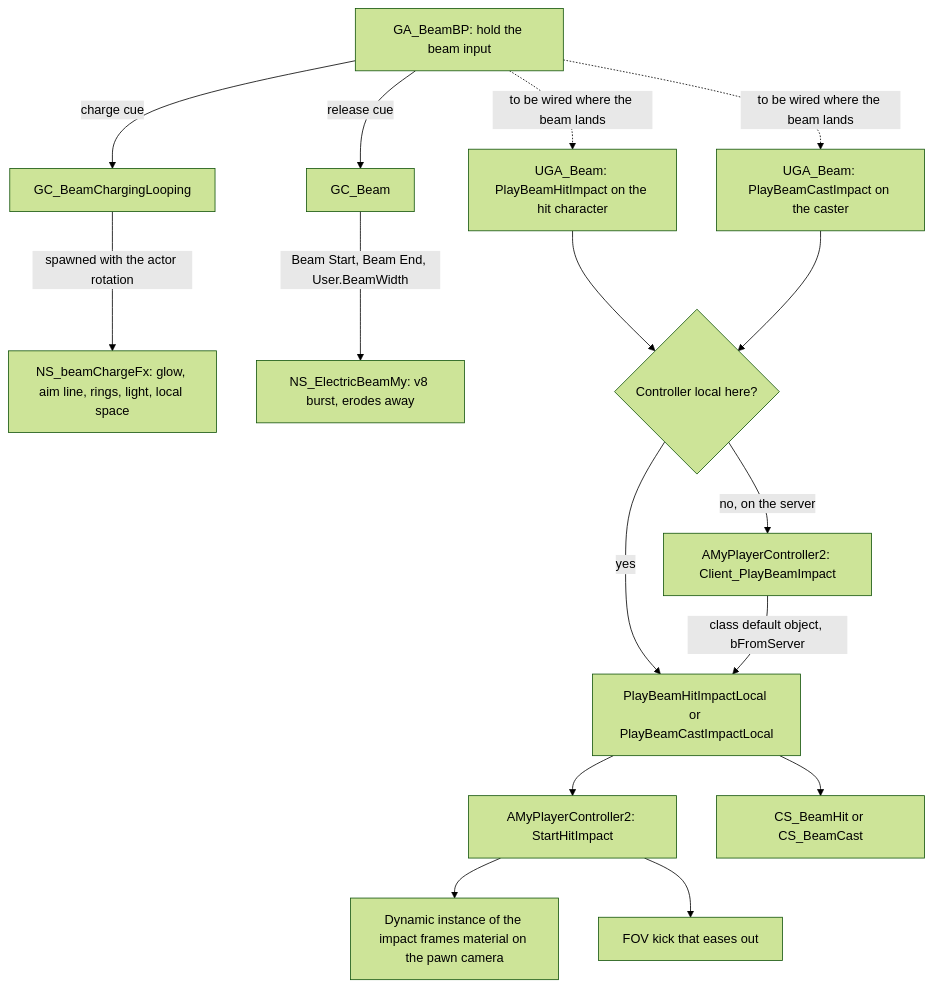
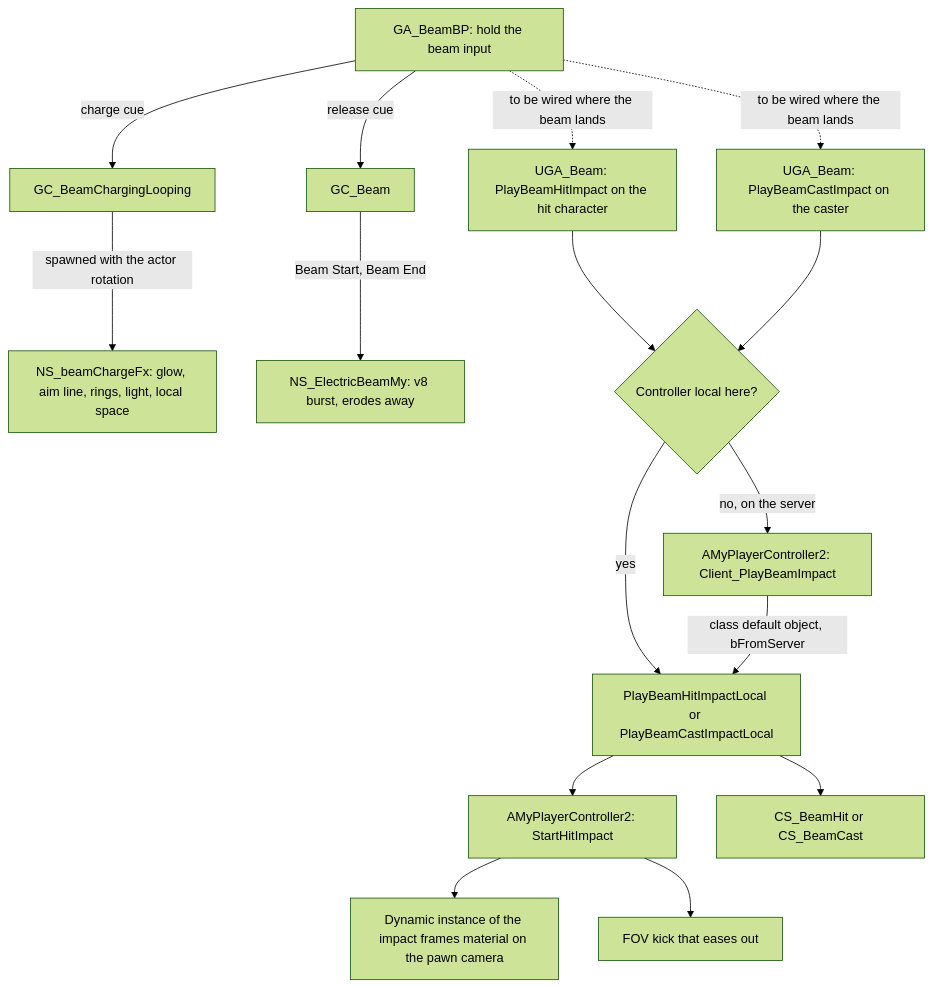
One commit to talal-jpg/OBS_GameplayAbilitySystemRpg changed the second of 4 diagrams in Redo3Changes/Redo3 Beam and Gun FX.md. Above: the diagram before and after it, drawn with Mermaid (forest theme). The commit also changed other lines of this file and 21 other files, not shown here.

````diff
--- a/Redo3Changes/Redo3 Beam and Gun FX.md
+++ b/Redo3Changes/Redo3 Beam and Gun FX.md
@@ -59,18 +59,18 @@
 ```mermaid
 flowchart TD
   BP["GA_BeamBP: hold the beam input"] -- "charge cue" --> GCC["GC_BeamChargingLooping"]
   GCC -- "spawned with the actor rotation" --> NSC["NS_beamChargeFx: glow, aim line, rings, light, local space"]
   BP -- "release cue" --> GCB["GC_Beam"]
-  GCB -- "Beam Start, Beam End, User.BeamWidth" --> NSB["NS_ElectricBeamMy: v8 burst, erodes away"]
+  GCB -- "Beam Start, Beam End" --> NSB["NS_ElectricBeamMy: v8 burst, erodes away"]
   BP -.->|"to be wired where the beam lands"| HIT["UGA_Beam: PlayBeamHitImpact on the hit character"]
   BP -.->|"to be wired where the beam lands"| CAST["UGA_Beam: PlayBeamCastImpact on the caster"]
   HIT --> LOCAL{"Controller local here?"}
   CAST --> LOCAL
   LOCAL -- "yes" --> PLAY["PlayBeamHitImpactLocal or PlayBeamCastImpactLocal"]
   LOCAL -- "no, on the server" --> RPC["AMyPlayerController2: Client_PlayBeamImpact"]
   RPC -- "class default object, bFromServer" --> PLAY
   PLAY --> START["AMyPlayerController2: StartHitImpact"]
   START --> PP["Dynamic instance of the impact frames material on the pawn camera"]
   START --> FOV["FOV kick that eases out"]
   PLAY --> SHAKE["CS_BeamHit or CS_BeamCast"]
 ```
````
